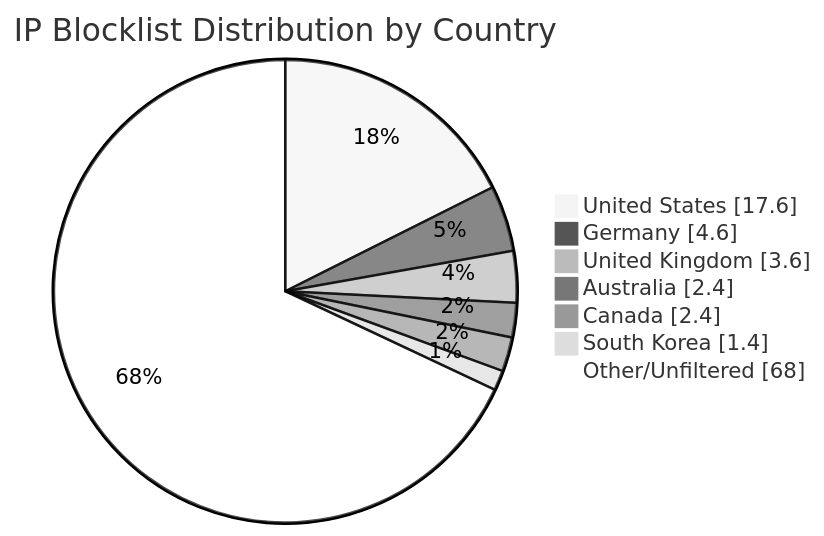
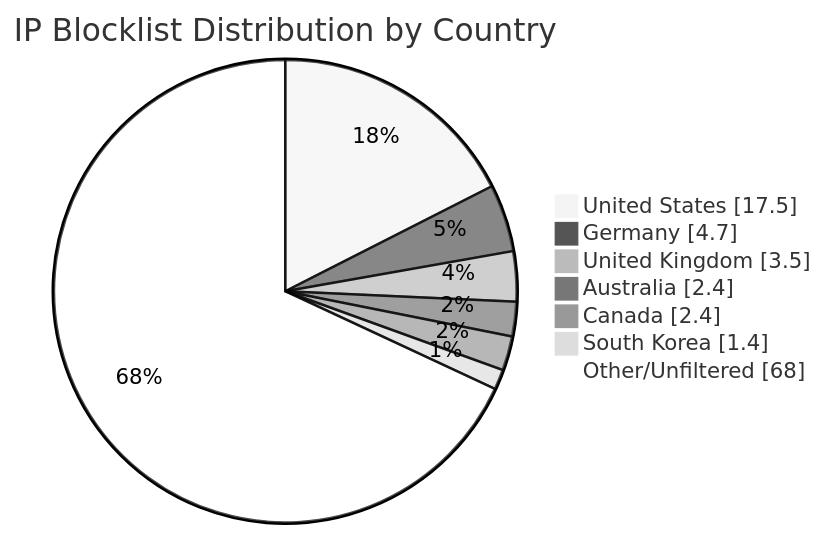
The diagram in README.md (MarcusHoltz/ipblocklist-geofiltered-aggregator), drawn with Mermaid (neutral theme) before and after one commit. The commit also changed other lines of this file and 9 other files, not shown here.

````diff
--- a/README.md
+++ b/README.md
@@ -34,10 +34,10 @@
 ```mermaid
 pie showData title IP Blocklist Distribution by Country
-"United States" : 17.6
-"Germany" : 4.6
-"United Kingdom" : 3.6
+"United States" : 17.5
+"Germany" : 4.7
+"United Kingdom" : 3.5
 "Australia" : 2.4
 "Canada" : 2.4
 "South Korea" : 1.4
 "Other/Unfiltered" : 68.0
 ```
````
